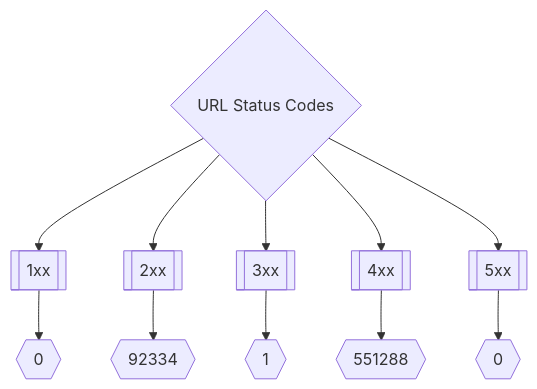
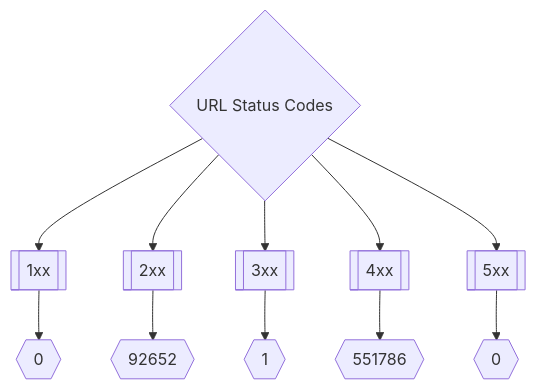
One commit to trickest/inventory changed the second of 3 diagrams in README.md. Above: the diagram before and after it, drawn with Mermaid. The commit also changed other lines of this file, not shown here.

Commit message:
Update README.md Fri Jul  1 21:45:36 UTC 2022

````diff
--- a/README.md
+++ b/README.md
@@ -175,8 +175,8 @@
 ```mermaid
 graph TD
 title{URL Status Codes} --> 1xx[[1xx]] --> status1xxNum{{0}}
-title --> 2xx[[2xx]] --> status2xxNum{{92334}}
+title --> 2xx[[2xx]] --> status2xxNum{{92652}}
 title --> 3xx[[3xx]] --> status3xxNum{{1}}
-title --> 4xx[[4xx]] --> status4xxNum{{551288}}
+title --> 4xx[[4xx]] --> status4xxNum{{551786}}
 title --> 5xx[[5xx]] --> status5xxNum{{0}}
 ```
````
